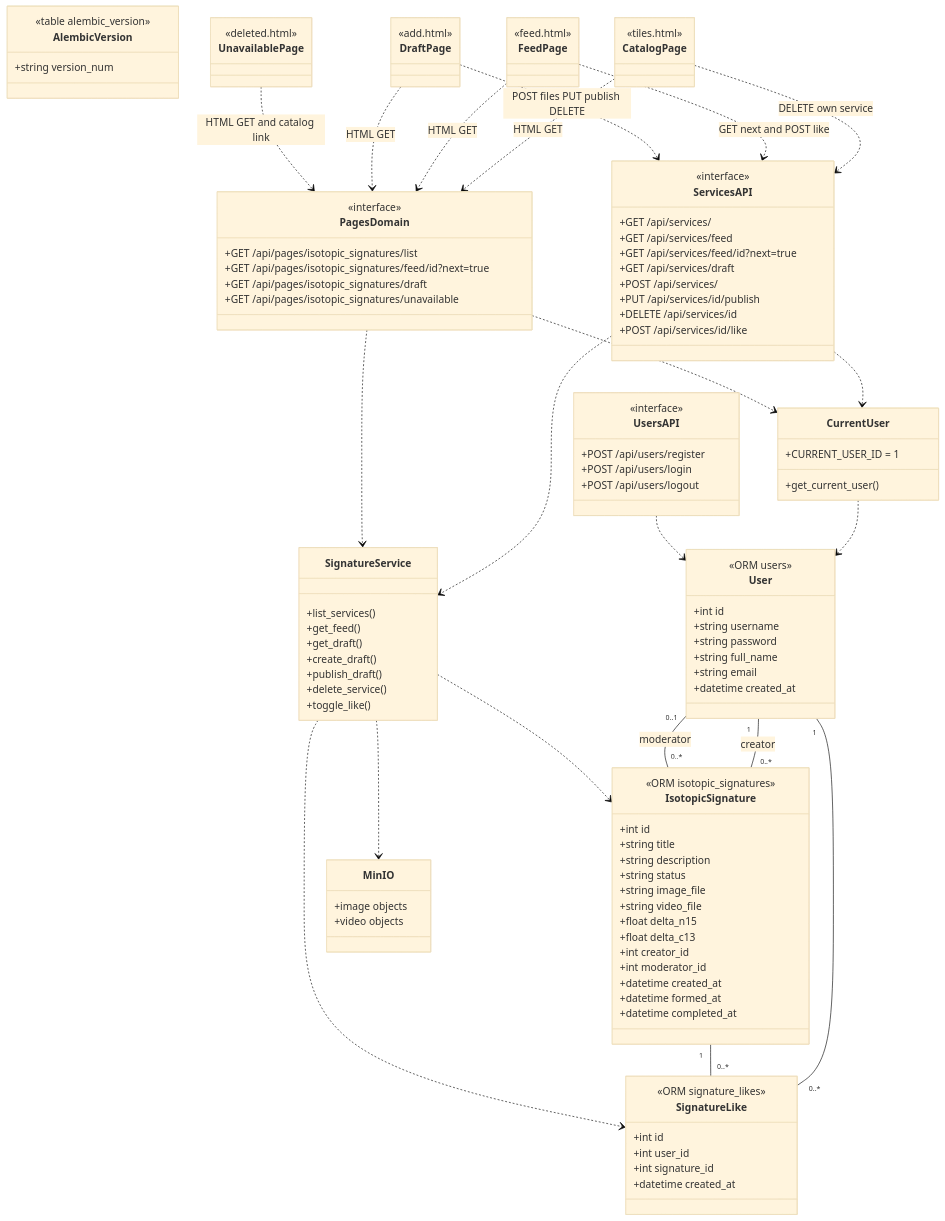
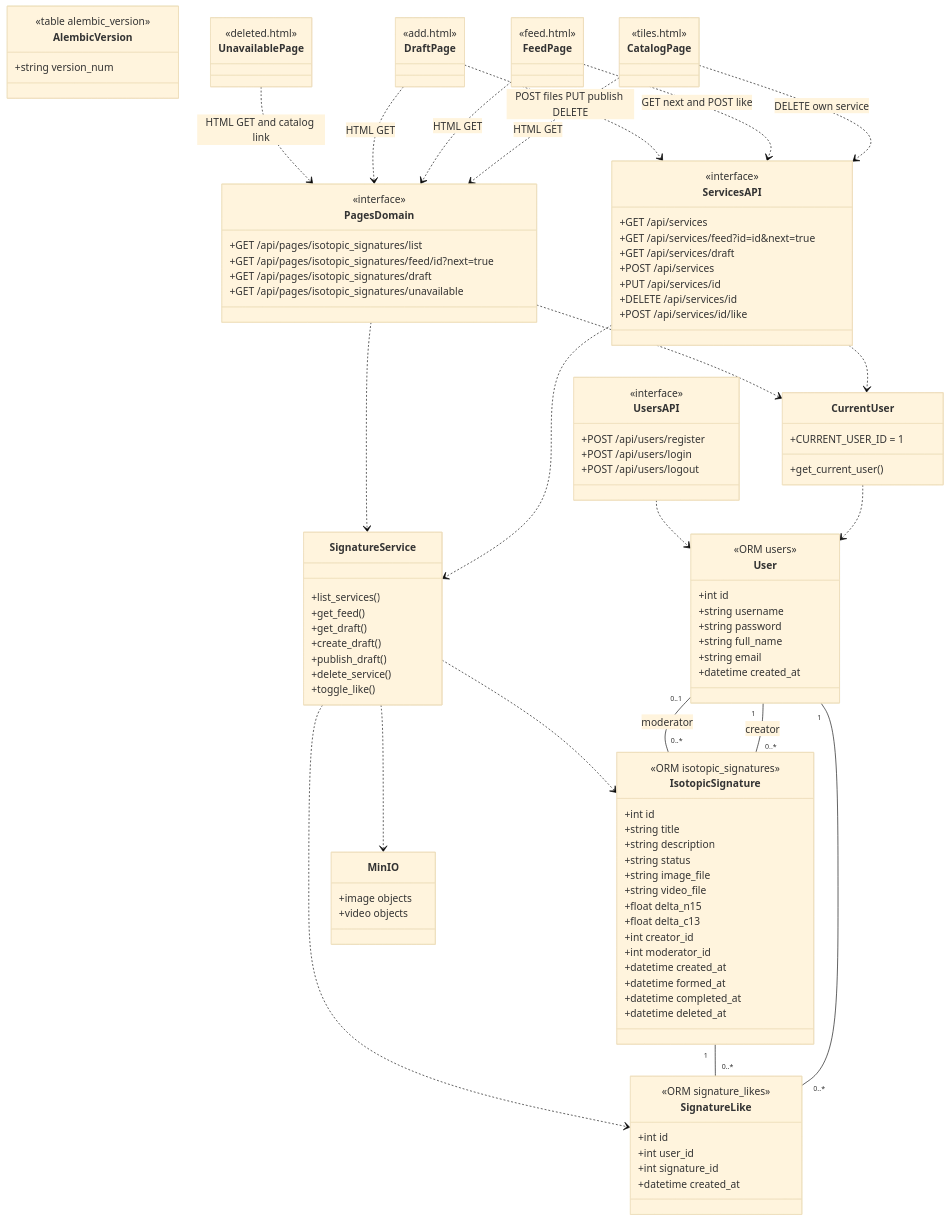
The diagram in architecture_diagram.md (keyeyemay/isoarch-service-backend), drawn with Mermaid (base theme) before and after one commit. The commit also changed other lines of this file and 36 other files, not shown here.

```diff
--- a/architecture_diagram.md
+++ b/architecture_diagram.md
@@ -29,6 +32,7 @@
         +datetime created_at
         +datetime formed_at
         +datetime completed_at
+        +datetime deleted_at
     }
     class SignatureLike {
         <<ORM signature_likes>>
@@ -47,12 +51,11 @@
     IsotopicSignature "1" -- "0..*" SignatureLike
     class ServicesAPI {
         <<interface>>
-        +GET /api/services/
-        +GET /api/services/feed
-        +GET /api/services/feed/id?next=true
+        +GET /api/services
+        +GET /api/services/feed?id=id&next=true
         +GET /api/services/draft
-        +POST /api/services/
-        +PUT /api/services/id/publish
+        +POST /api/services
+        +PUT /api/services/id
         +DELETE /api/services/id
         +POST /api/services/id/like
     }
```
